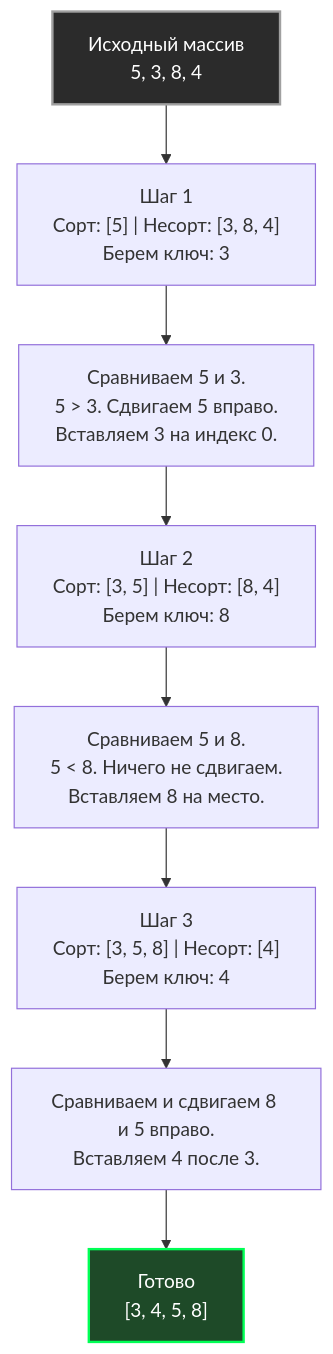
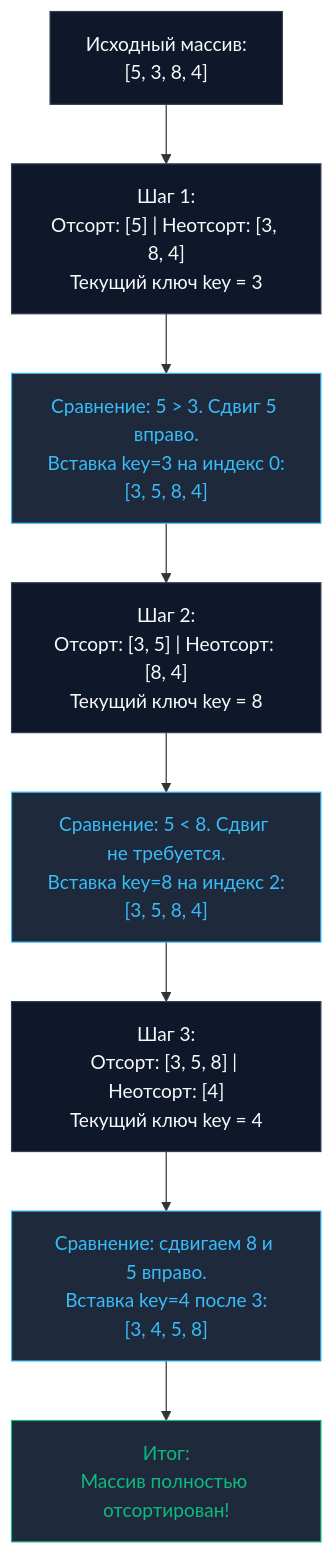
The diagram in sources/20. Алгоритмы и структуры данных (DSA) на Go/08. Сортировки/2. Insertion sort.md (UnrealTemplier/go-textbook), drawn with Mermaid before and after one commit. The commit also changed other lines of this file, not shown here.

````diff
--- a/sources/20. Алгоритмы и структуры данных (DSA) на Go/08. Сортировки/2. Insertion sort.md
+++ b/sources/20. Алгоритмы и структуры данных (DSA) на Go/08. Сортировки/2. Insertion sort.md
@@ -19,16 +23,21 @@
 ```mermaid
 flowchart TD
-    Start["Исходный массив<br>5, 3, 8, 4"] --> Step1["Шаг 1<br>Сорт: [5] | Несорт: [3, 8, 4]<br>Берем ключ: 3"]
-    Step1 --> Step2["Сравниваем 5 и 3.<br>5 > 3. Сдвигаем 5 вправо.<br>Вставляем 3 на индекс 0."]
+    Start["Исходный массив:<br/>[5, 3, 8, 4]"] --> Step1["Шаг 1:<br/>Отсорт: [5] | Неотсорт: [3, 8, 4]<br/>Текущий ключ key = 3"]
+    Step1 --> Step2["Сравнение: 5 > 3. Сдвиг 5 вправо.<br/>Вставка key=3 на индекс 0:<br/>[3, 5, 8, 4]"]
     
-    Step2 --> Step3["Шаг 2<br>Сорт: [3, 5] | Несорт: [8, 4]<br>Берем ключ: 8"]
-    Step3 --> Step4["Сравниваем 5 и 8.<br>5 < 8. Ничего не сдвигаем.<br>Вставляем 8 на место."]
+    Step2 --> Step3["Шаг 2:<br/>Отсорт: [3, 5] | Неотсорт: [8, 4]<br/>Текущий ключ key = 8"]
+    Step3 --> Step4["Сравнение: 5 < 8. Сдвиг не требуется.<br/>Вставка key=8 на индекс 2:<br/>[3, 5, 8, 4]"]
     
-    Step4 --> Step5["Шаг 3<br>Сорт: [3, 5, 8] | Несорт: [4]<br>Берем ключ: 4"]
-    Step5 --> Step6["Сравниваем и сдвигаем 8 и 5 вправо.<br>Вставляем 4 после 3."]
+    Step4 --> Step5["Шаг 3:<br/>Отсорт: [3, 5, 8] | Неотсорт: [4]<br/>Текущий ключ key = 4"]
+    Step5 --> Step6["Сравнение: сдвигаем 8 и 5 вправо.<br/>Вставка key=4 после 3:<br/>[3, 4, 5, 8]"]
     
-    Step6 --> End["Готово<br>[3, 4, 5, 8]"]
-    
-    style Start fill:#2b2b2b,stroke:#a0a0a0,stroke-width:2px,color:#fff
-    style End fill:#1e4a28,stroke:#00ff55,stroke-width:2px,color:#fff
+    Step6 --> End["Итог:<br/>Массив полностью отсортирован!"]
+
+    classDef default fill:#0f172a,stroke:#334155,color:#f8fafc
+    classDef step fill:#1e293b,stroke:#38bdf8,color:#38bdf8
+    classDef success fill:#1e293b,stroke:#10b981,color:#10b981
+
+    class Start,Step1,Step3,Step5 default
+    class Step2,Step4,Step6 step
+    class End success
 ```
````
